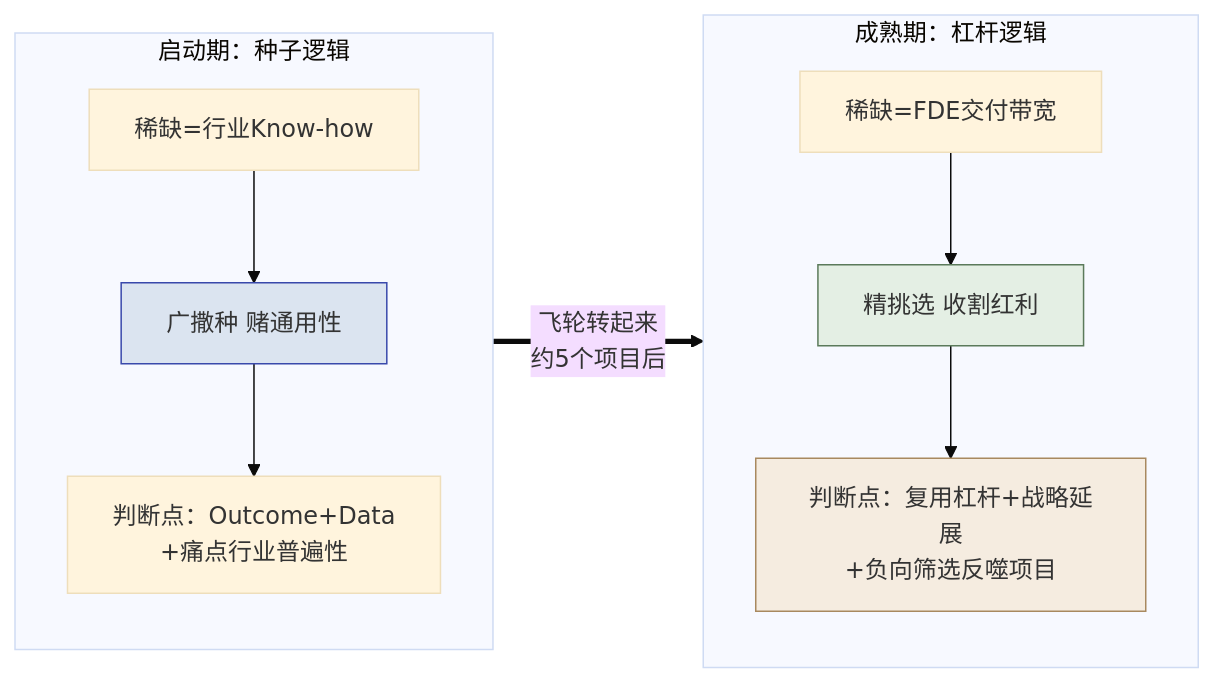
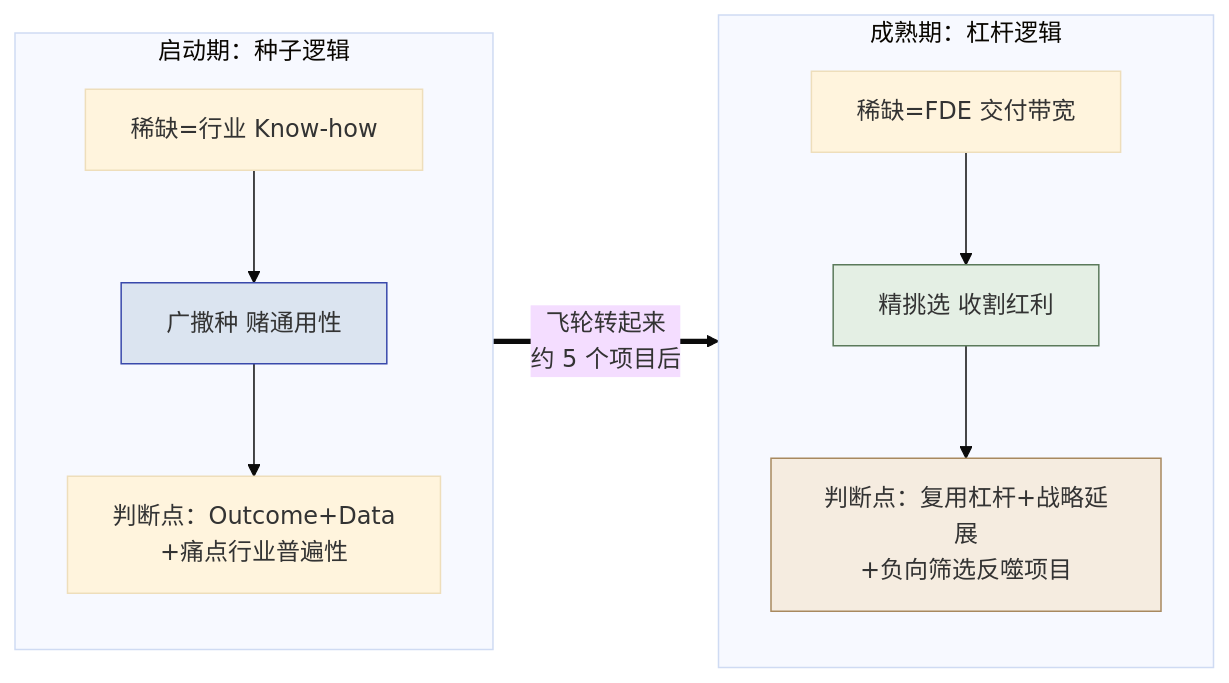
The third of 3 diagrams in textbook/第02章_为什么需要FDE.md (cloudzun/fde-course), drawn with Mermaid (base theme) before and after one commit. The commit also changed other lines of this file and 25 other files, not shown here.

````diff
--- a/textbook/第02章_为什么需要FDE.md
+++ b/textbook/第02章_为什么需要FDE.md
@@ -207,16 +207,16 @@
 ```mermaid
 graph LR
     subgraph start["启动期：种子逻辑"]
-        seedScarcity["稀缺=行业Know-how"] --> sowSeed["广撒种 赌通用性"]
+        seedScarcity["稀缺=行业 Know-how"] --> sowSeed["广撒种 赌通用性"]
         sowSeed --> seedJudge["判断点：Outcome+Data<br/>+痛点行业普遍性"]
     end
     subgraph mature["成熟期：杠杆逻辑"]
-        matureScarcity["稀缺=FDE交付带宽"] --> harvest["精挑选 收割红利"]
+        matureScarcity["稀缺=FDE 交付带宽"] --> harvest["精挑选 收割红利"]
         harvest --> reject["判断点：复用杠杆+战略延展<br/>+负向筛选反噬项目"]
     end
-    start ==>|飞轮转起来<br/>约5个项目后| mature
+    start ==>|飞轮转起来<br/>约 5 个项目后| mature
 
     style sowSeed fill:#dbe4f0,stroke:#3949ab
     style harvest fill:#e4efe4,stroke:#5b7a5b
     style reject fill:#f5ece0,stroke:#a8895f
 ```
````
